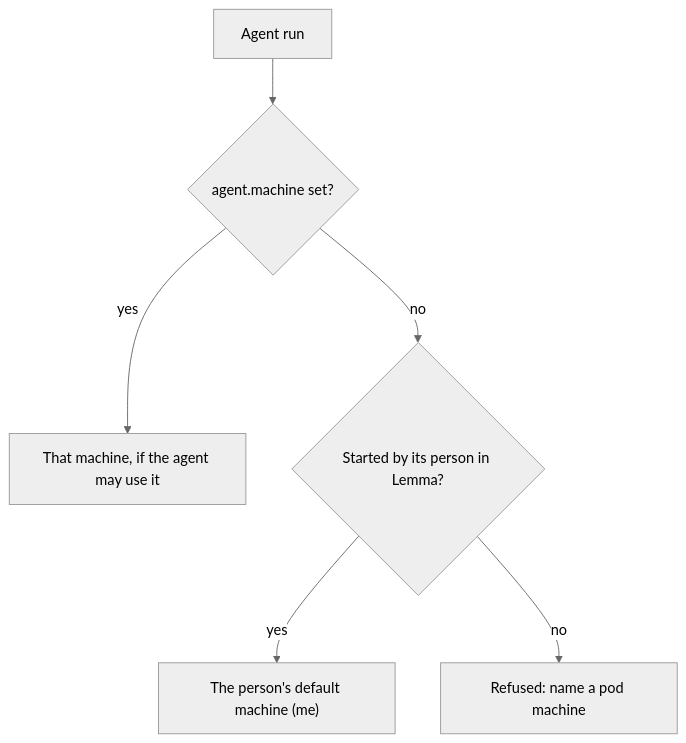
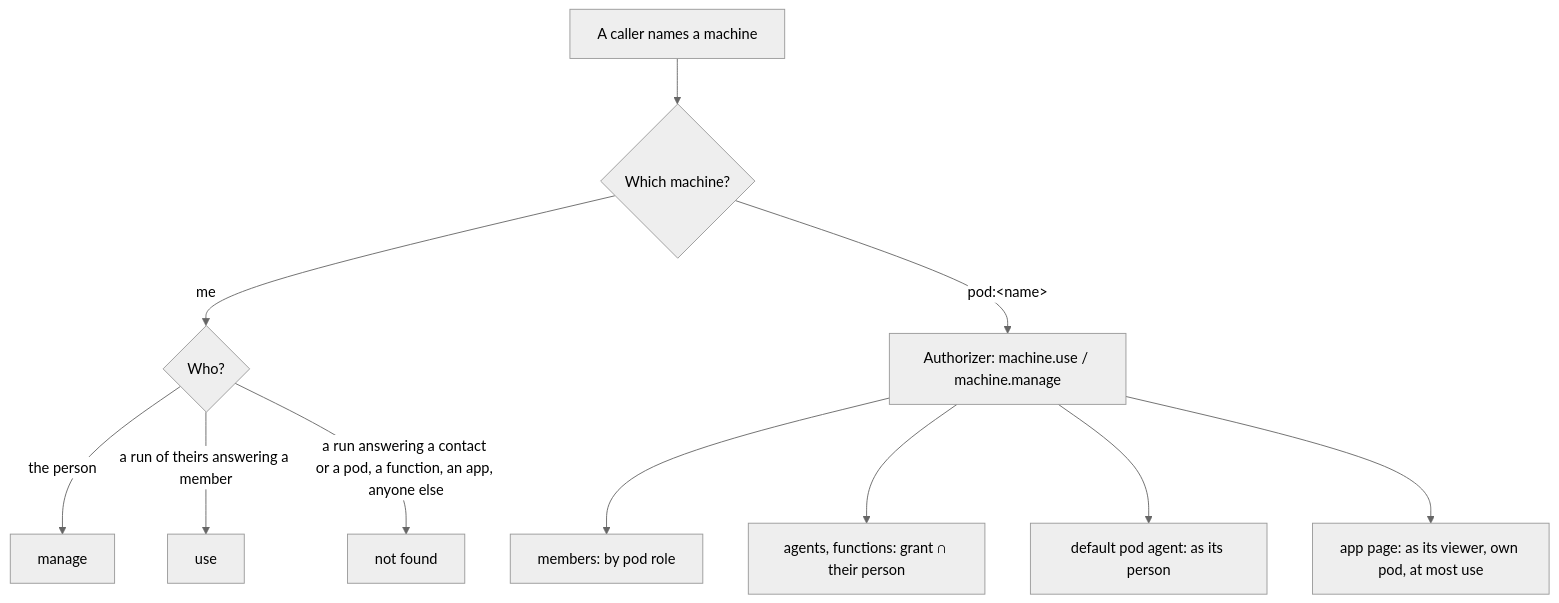
Before and after one commit to lemma-work/lemma-platform: the diagram in docs/architecture/machines.md, drawn with Mermaid (neutral theme). The commit also changed other lines of this file and 62 other files, not shown here.

````diff
--- a/docs/architecture/machines.md
+++ b/docs/architecture/machines.md
@@ -72,8 +81,13 @@
 ```mermaid
 flowchart TD
-  R[Agent run] --> F{agent.machine set?}
-  F -- yes --> P[That machine, if the agent may use it]
-  F -- no --> S{Started by its person in Lemma?}
-  S -- yes --> M["The person's default machine (me)"]
-  S -- no --> X[Refused: name a pod machine]
+  C[A caller names a machine] --> K{Which machine?}
+  K -- "me" --> D{Who?}
+  D -- "the person" --> M1[manage]
+  D -- "a run of theirs answering a member" --> U1[use]
+  D -- "a run answering a contact or a pod, a function, an app, anyone else" --> N1[not found]
+  K -- "pod:&lt;name&gt;" --> A["Authorizer: machine.use / machine.manage"]
+  A --> R1[members: by pod role]
+  A --> R2["agents, functions: grant ∩ their person"]
+  A --> R3[default pod agent: as its person]
+  A --> R4["app page: as its viewer, own pod, at most use"]
 ```
````
